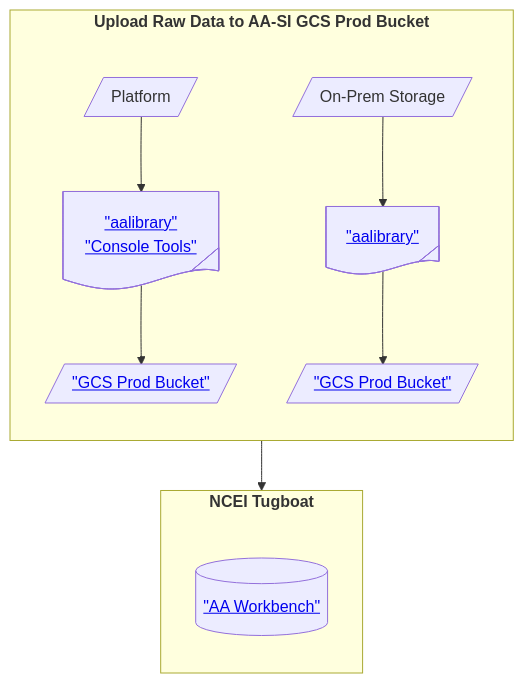
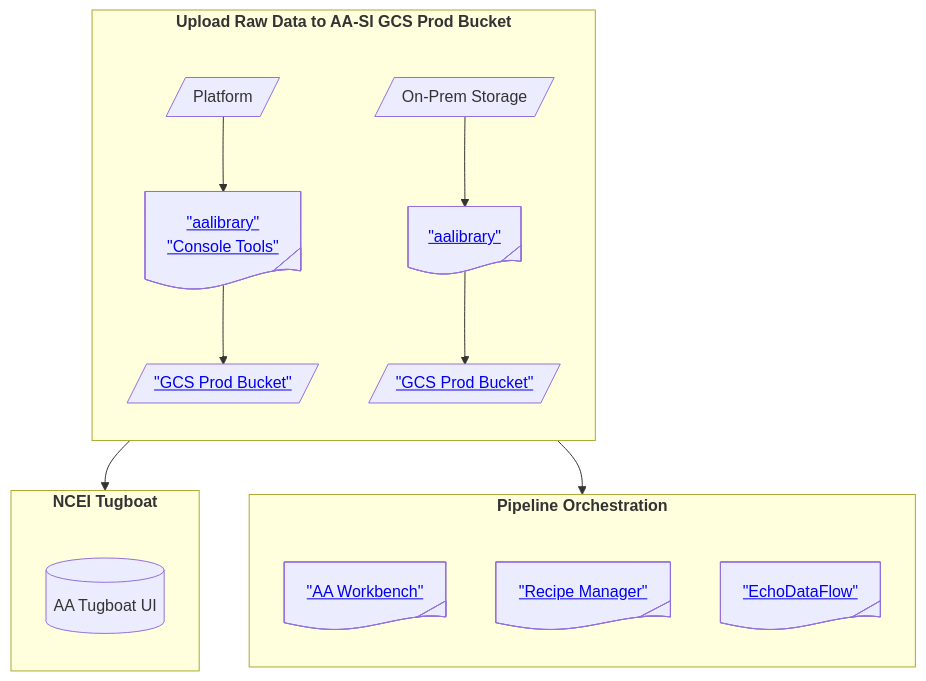
The first of 5 diagrams in README.md (nmfs-ost/AA-SI_DataRoadMap), drawn with Mermaid before and after one commit.

Commit message:
Update README with new Tugboat UI and orchestration details

````diff
--- a/README.md
+++ b/README.md
@@ -83,20 +83,27 @@
 ```mermaid
 ---
 config:
     flowchart:
         subGraphTitleMargin:
             "bottom": 30
 ---
 flowchart TB
     subgraph SG_L-1_DataSource["<b>Upload Raw Data to AA-SI GCS Prod Bucket</b>"]
         direction TB
         node_L-1_SrcP@{shape: lean-r, label: "Platform"} --> node_L-1_AA1@{ shape: tag-doc, label: <a href="https://nmfs-ost.github.io/AA-SI_aalibrary/documentation/aalibrary" target="_blank"> "aalibrary"</a><br> <a href="https://github.com/nmfs-ost/AA-SI_ConsoleTools" target="_blank"> "Console Tools" </a> } --> node_L-1_GCS1@{shape: lean-r, label: <a href="https://console.cloud.google.com/storage/browser/ggn-nmfs-aa-prod-1-data;tab=objects?hl=en&inv=1&invt=Ab4KlQ&project=ggn-nmfs-aa-prod-1&pageState=(%22StorageObjectListTable%22:(%22f%22:%22%255B%255D%22))&prefix=&forceOnObjectsSortingFiltering=false" target="_blank"> "GCS Prod Bucket" </a> }
         node_L-1_SrcOP@{shape: lean-r, label: "On-Prem Storage"} --> node_L-1_AA2@{ shape: tag-doc, label: <a href="https://nmfs-ost.github.io/AA-SI_aalibrary/documentation/aalibrary" target="_blank"> "aalibrary"</a> } --> node_L-1_GCS2@{shape: lean-r, label: <a href="https://console.cloud.google.com/storage/browser/ggn-nmfs-aa-prod-1-data;tab=objects?hl=en&inv=1&invt=Ab4KlQ&project=ggn-nmfs-aa-prod-1&pageState=(%22StorageObjectListTable%22:(%22f%22:%22%255B%255D%22))&prefix=&forceOnObjectsSortingFiltering=false" target="_blank"> "GCS Prod Bucket" </a> }
         %%style node_SrcOMAO color:blue
     end
     subgraph SG_L-1_Tugboat["<b>NCEI Tugboat</b>"]
         direction TB
-        node_L-1_TB@{shape: database, label: <a href="https://8000-w-michaeljech-mshk83ga.cluster-elnmuk7bnbbzqw4vcgtaay3c52.cloudworkstations.dev/?authuser=0"> "AA Workbench" </a> }
+        node_L-1_TB@{shape: database, label: "AA Tugboat UI" }
+    end
+    subgraph SG_L-1_Orchestration["<b>Pipeline Orchestration</b>"]
+        direction TB
+        node_L-1_CT@{shape: tag-doc, label: <a href="https://8000-w-michaeljech-mshk83ga.cluster-elnmuk7bnbbzqw4vcgtaay3c52.cloudworkstations.dev/?authuser=0"> "AA Workbench" </a> }
+        node_L-1_RM@{shape: tag-doc, label: <a href="https://github.com/BLayman-NOAA/AA-SI_recipe_manager/blob/main/provenance_file_examples/provenance.yaml"> "Recipe Manager" </a> }
+        node_L-1_EDF@{shape: tag-doc, label: <a href="https://github.com/echostack-org/echodataflow"> "EchoDataFlow" </a> }
     end
     SG_L-1_DataSource --> SG_L-1_Tugboat
+    SG_L-1_DataSource --> SG_L-1_Orchestration
 ```
````
